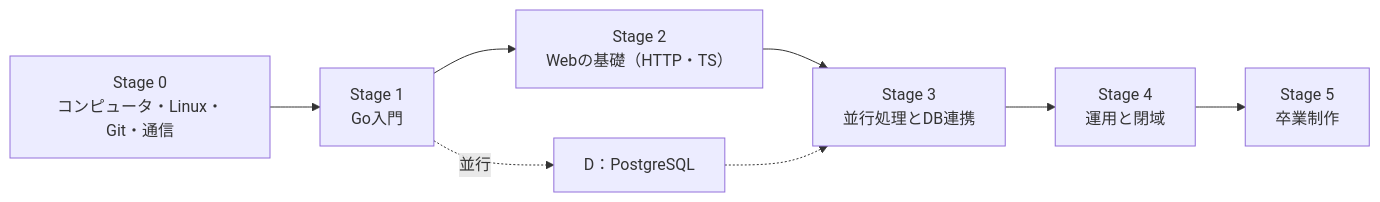
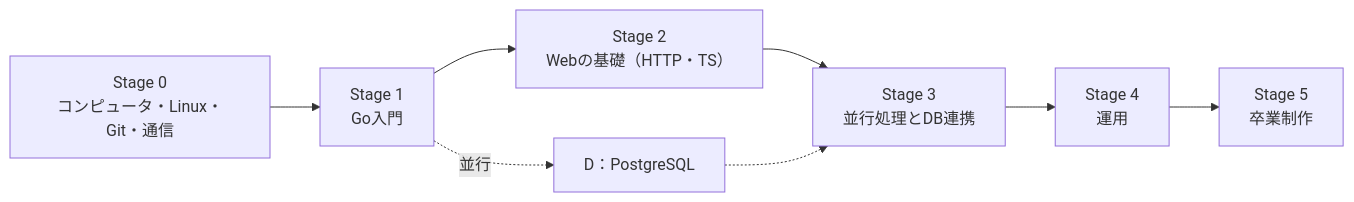
Before and after one commit to kom3da/offgrid: the diagram in docs/03-roadmap.md, drawn with Mermaid. The commit also changed other lines of this file and 34 other files, not shown here.

````diff
--- a/docs/03-roadmap.md
+++ b/docs/03-roadmap.md
@@ -7,10 +7,10 @@
 ```mermaid
 flowchart LR
   S0["Stage 0<br/>コンピュータ・Linux・Git・通信"] --> S1["Stage 1<br/>Go入門"]
   S1 --> S2["Stage 2<br/>Webの基礎（HTTP・TS）"]
   S2 --> S3["Stage 3<br/>並行処理とDB連携"]
-  S3 --> S4["Stage 4<br/>運用と閉域"]
+  S3 --> S4["Stage 4<br/>運用"]
   S4 --> S5["Stage 5<br/>卒業制作"]
   S1 -. 並行 .-> DB["D：PostgreSQL"]
   DB -.-> S3
 ```
````
